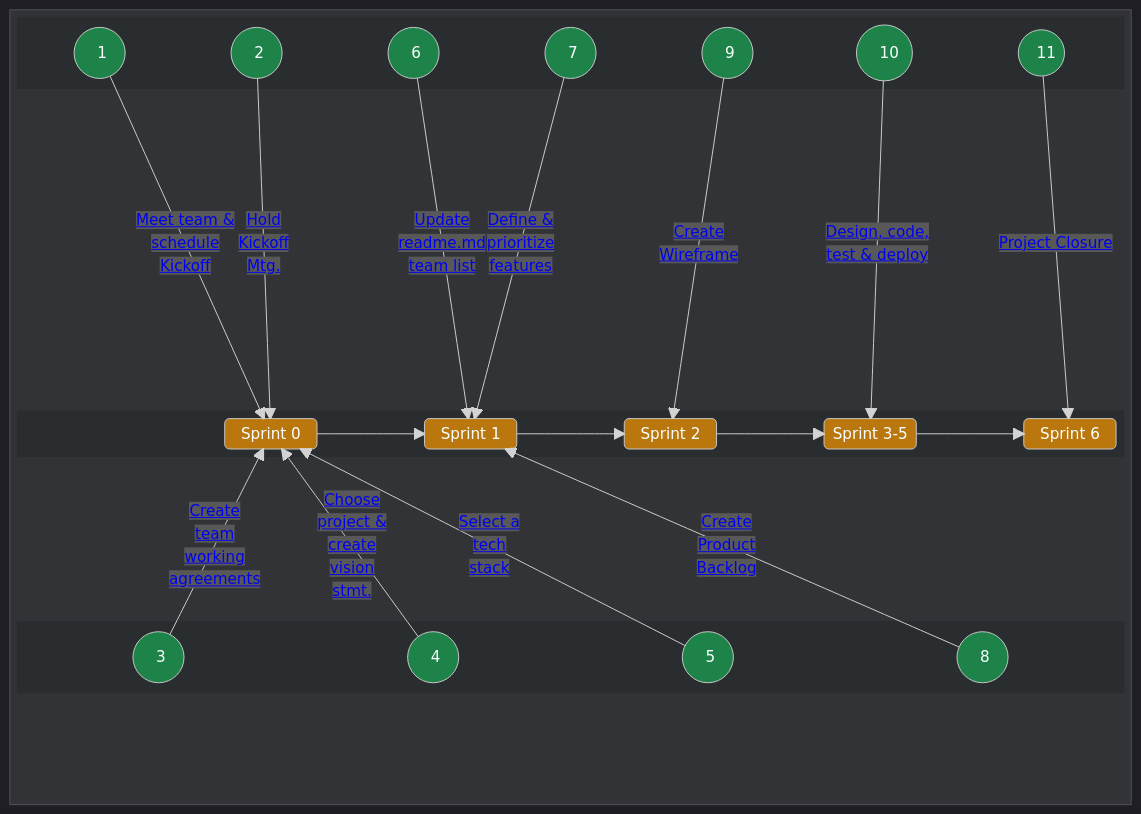
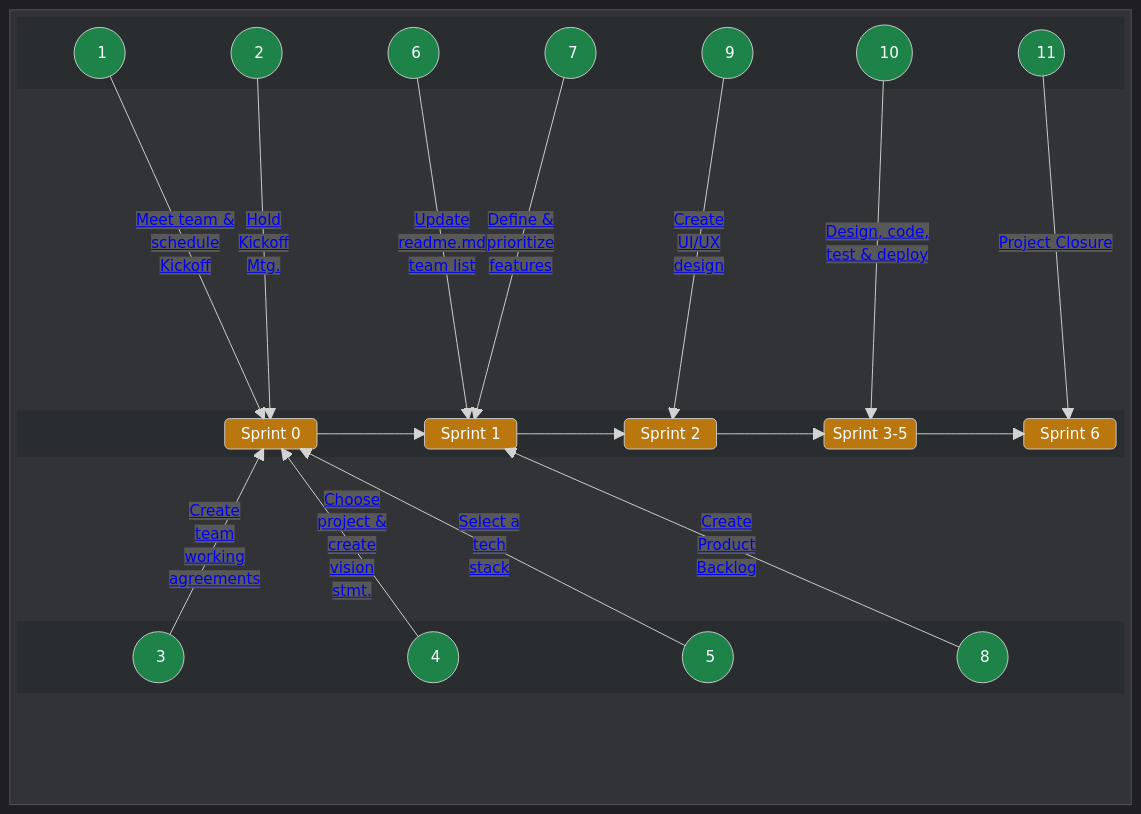
The first of 2 diagrams in docs/guides/voyage/voyage.md (chingu-voyages/Handbook), drawn with Mermaid before and after one commit.

Commit message:
Feature: Update sprint diagram task ordering

```diff
--- a/docs/guides/voyage/voyage.md
+++ b/docs/guides/voyage/voyage.md
@@ -116,7 +116,7 @@
       A6 -- "<a href="https://github.com/chingu-voyages/Handbook/blob/main/docs/guides/voyage/voyage.md#6-add-your-info-to-the-team-list-in-your-readmemd-%EF%B8%8F">Update</br>readme.md</br>team list<a/>" --> SPRINT1
       A7 -- "<a href="https://github.com/chingu-voyages/Handbook/blob/main/docs/guides/voyage/voyage.md#7-define--prioritize-mvp-features-">Define &</br>prioritize</br>features</a>" --> SPRINT1
       A8 -- "<a href="https://github.com/chingu-voyages/Handbook/blob/main/docs/guides/voyage/voyage.md#8-setup-product-backlog-">Create</br>Product</br>Backlog</a>" --> SPRINT1
-      A9 -- "<a href="https://github.com/chingu-voyages/Handbook/blob/main/docs/guides/voyage/voyage.md#9-create-a-low-fidelity-wireframe-%EF%B8%8F">Create</br>Wireframe</a>" --> SPRINT2
+      A9 -- "<a href="https://github.com/chingu-voyages/Handbook/blob/main/docs/guides/voyage/voyage.md#9-create-a-low-fidelity-wireframe-%EF%B8%8F">Create</br>UI/UX</br>design</a>" --> SPRINT2
       A10 -- "<a href="https://github.com/chingu-voyages/Handbook/blob/main/docs/guides/voyage/voyage.md#10-sprint-3-5---reaching-your-mvp-">Design, code,</br>test & deploy</a>" --> SPRINTS35
       A11 -- "<a href="https://github.com/chingu-voyages/Handbook/blob/main/docs/guides/voyage/voyage.md#11-sprint-3-5---reaching-your-mvp-">Project Closure</a>" --> SPRINT6
     end
```
